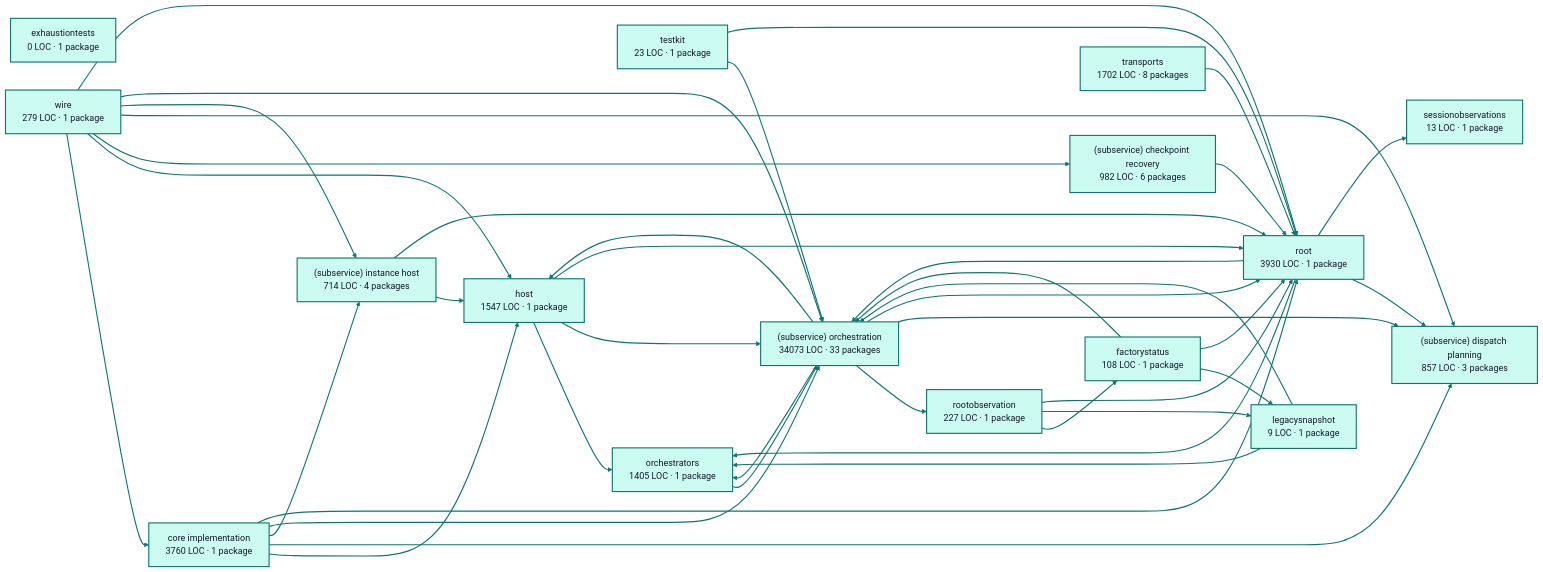
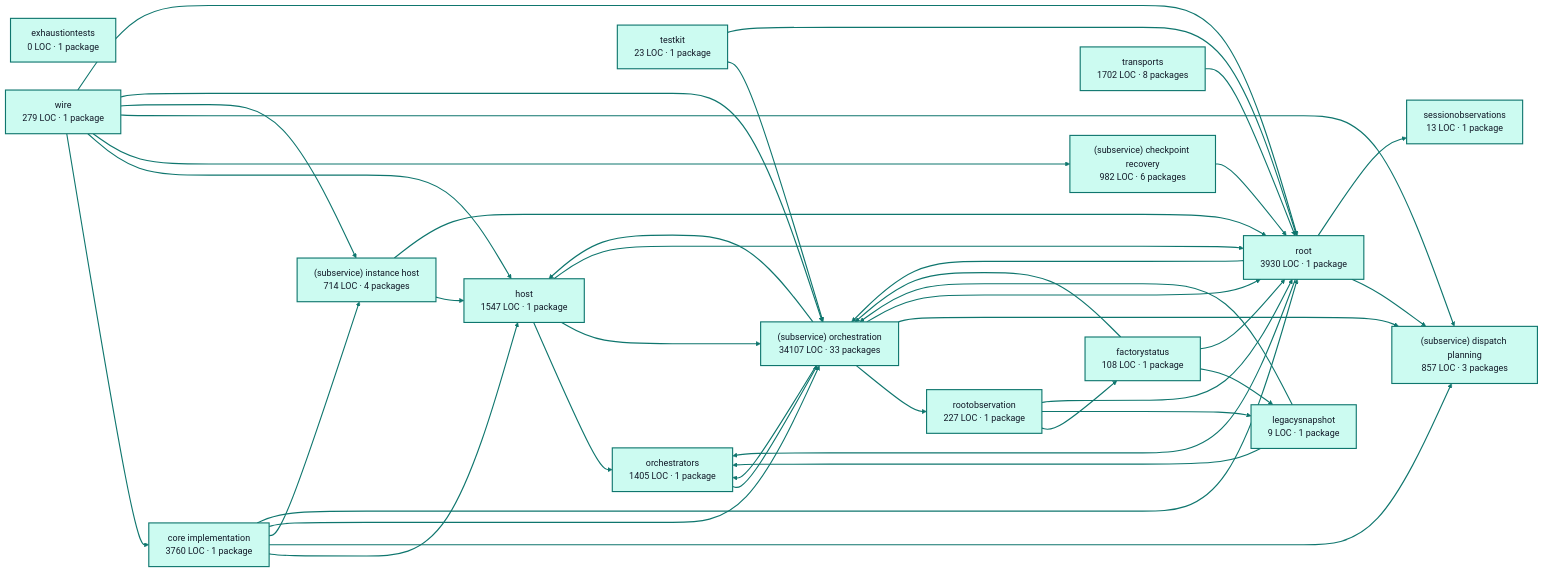
One commit to portpowered/you-agent-factory changed the diagram in docs/architecture/visualizations/services/factory_runtime.md. Above: the diagram before and after it, drawn with Mermaid. The commit also changed other lines of this file and 20 other files, not shown here.

Commit message:
docs: refresh backend architecture visualizations

````diff
--- a/docs/architecture/visualizations/services/factory_runtime.md
+++ b/docs/architecture/visualizations/services/factory_runtime.md
@@ -11,75 +11,75 @@
 ```mermaid
 flowchart LR
   p0["core implementation<br/>3760 LOC · 1 package"]
   p1["exhaustiontests<br/>0 LOC · 1 package"]
   p2["factorystatus<br/>108 LOC · 1 package"]
   p3["host<br/>1547 LOC · 1 package"]
   p4["legacysnapshot<br/>9 LOC · 1 package"]
   p5["orchestrators<br/>1405 LOC · 1 package"]
   p6["rootobservation<br/>227 LOC · 1 package"]
   p7["(subservice) checkpoint recovery<br/>982 LOC · 6 packages"]
   p8["(subservice) dispatch planning<br/>857 LOC · 3 packages"]
   p9["(subservice) instance host<br/>714 LOC · 4 packages"]
-  p10["(subservice) orchestration<br/>34073 LOC · 33 packages"]
+  p10["(subservice) orchestration<br/>34107 LOC · 33 packages"]
   p11["sessionobservations<br/>13 LOC · 1 package"]
   p12["testkit<br/>23 LOC · 1 package"]
   p13["root<br/>3930 LOC · 1 package"]
   p14["transports<br/>1702 LOC · 8 packages"]
   p15["wire<br/>279 LOC · 1 package"]
   p0 --> p3
   p0 --> p8
   p0 --> p9
   p0 --> p10
   p0 --> p13
   p2 --> p4
   p2 --> p10
   p2 --> p13
   p3 --> p5
   p3 --> p10
   p3 --> p13
   p4 --> p5
   p4 --> p10
   p5 --> p10
   p6 --> p2
   p6 --> p4
   p6 --> p13
   p7 --> p13
   p9 --> p3
   p9 --> p13
   p10 --> p3
   p10 --> p5
   p10 --> p6
   p10 --> p8
   p10 --> p13
   p12 --> p10
   p12 --> p13
   p13 --> p5
   p13 --> p8
   p13 --> p10
   p13 --> p11
   p14 --> p13
   p15 --> p0
   p15 --> p3
   p15 --> p7
   p15 --> p8
   p15 --> p9
   p15 --> p10
   p15 --> p13
   style p0 fill:#ccfbf1,stroke:#0f766e,stroke-width:2px,color:#111827
   style p1 fill:#ccfbf1,stroke:#0f766e,stroke-width:2px,color:#111827
   style p2 fill:#ccfbf1,stroke:#0f766e,stroke-width:2px,color:#111827
   style p3 fill:#ccfbf1,stroke:#0f766e,stroke-width:2px,color:#111827
   style p4 fill:#ccfbf1,stroke:#0f766e,stroke-width:2px,color:#111827
   style p5 fill:#ccfbf1,stroke:#0f766e,stroke-width:2px,color:#111827
   style p6 fill:#ccfbf1,stroke:#0f766e,stroke-width:2px,color:#111827
   style p7 fill:#ccfbf1,stroke:#0f766e,stroke-width:2px,color:#111827
   style p8 fill:#ccfbf1,stroke:#0f766e,stroke-width:2px,color:#111827
   style p9 fill:#ccfbf1,stroke:#0f766e,stroke-width:2px,color:#111827
   style p10 fill:#ccfbf1,stroke:#0f766e,stroke-width:2px,color:#111827
   style p11 fill:#ccfbf1,stroke:#0f766e,stroke-width:2px,color:#111827
   style p12 fill:#ccfbf1,stroke:#0f766e,stroke-width:2px,color:#111827
   style p13 fill:#ccfbf1,stroke:#0f766e,stroke-width:2px,color:#111827
   style p14 fill:#ccfbf1,stroke:#0f766e,stroke-width:2px,color:#111827
   style p15 fill:#ccfbf1,stroke:#0f766e,stroke-width:2px,color:#111827
   linkStyle default stroke:#0f766e,stroke-width:2px
 ```
````
